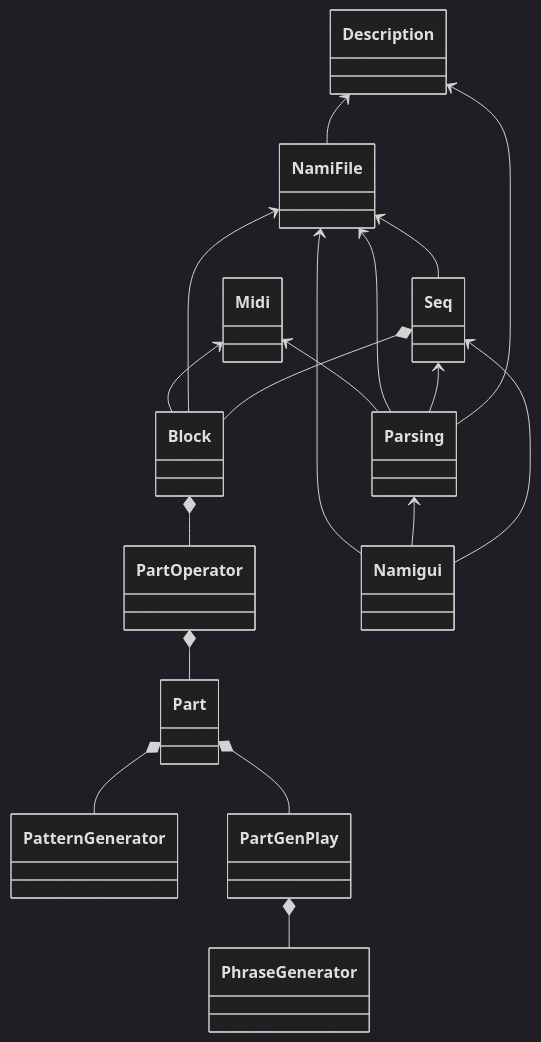
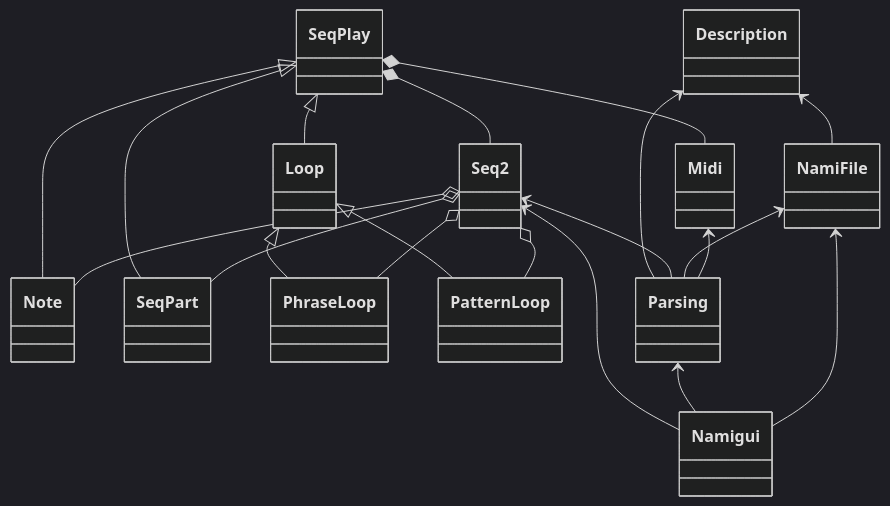
Before and after one commit to hasebems/namihey: the diagram in namihey_class.md, drawn with Mermaid (dark theme). The commit also changed other lines of this file, not shown here.

````diff
--- a/namihey_class.md
+++ b/namihey_class.md
@@ -20,20 +19,22 @@
 ```mermaid
 classDiagram
-Seq *-- Block
-Block *-- PartOperator
-PartOperator *-- Part
-Part *-- PatternGenerator
-Part *-- PartGenPlay
-PartGenPlay *-- PhraseGenerator
+SeqPlay *-- Midi
+SeqPlay *-- Seq2
+SeqPlay <|-- Loop
+SeqPlay <|-- Note
+SeqPlay <|-- SeqPart
+Loop <|-- PhraseLoop
+Loop <|-- PatternLoop
+Seq2 o-- SeqPart
+Seq2 o-- PhraseLoop
+Seq2 o-- PatternLoop
+Seq2 o-- Note
 Description <-- Parsing
 Description <-- NamiFile
-Seq <-- Parsing
-NamiFile <-- Seq
+Seq2 <-- Parsing
 NamiFile <-- Parsing
-NamiFile <-- Block
-Midi <-- Block
 Midi <-- Parsing
-Seq <-- Namigui
+Seq2 <-- Namigui
 Parsing <-- Namigui
 NamiFile <-- Namigui
 ```
````
